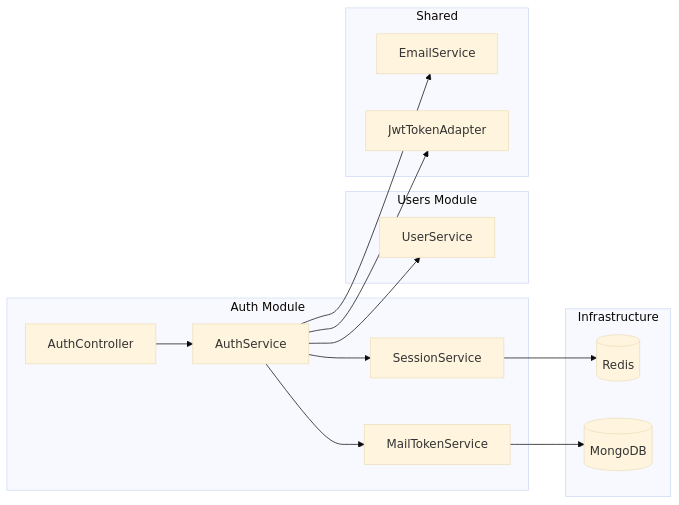
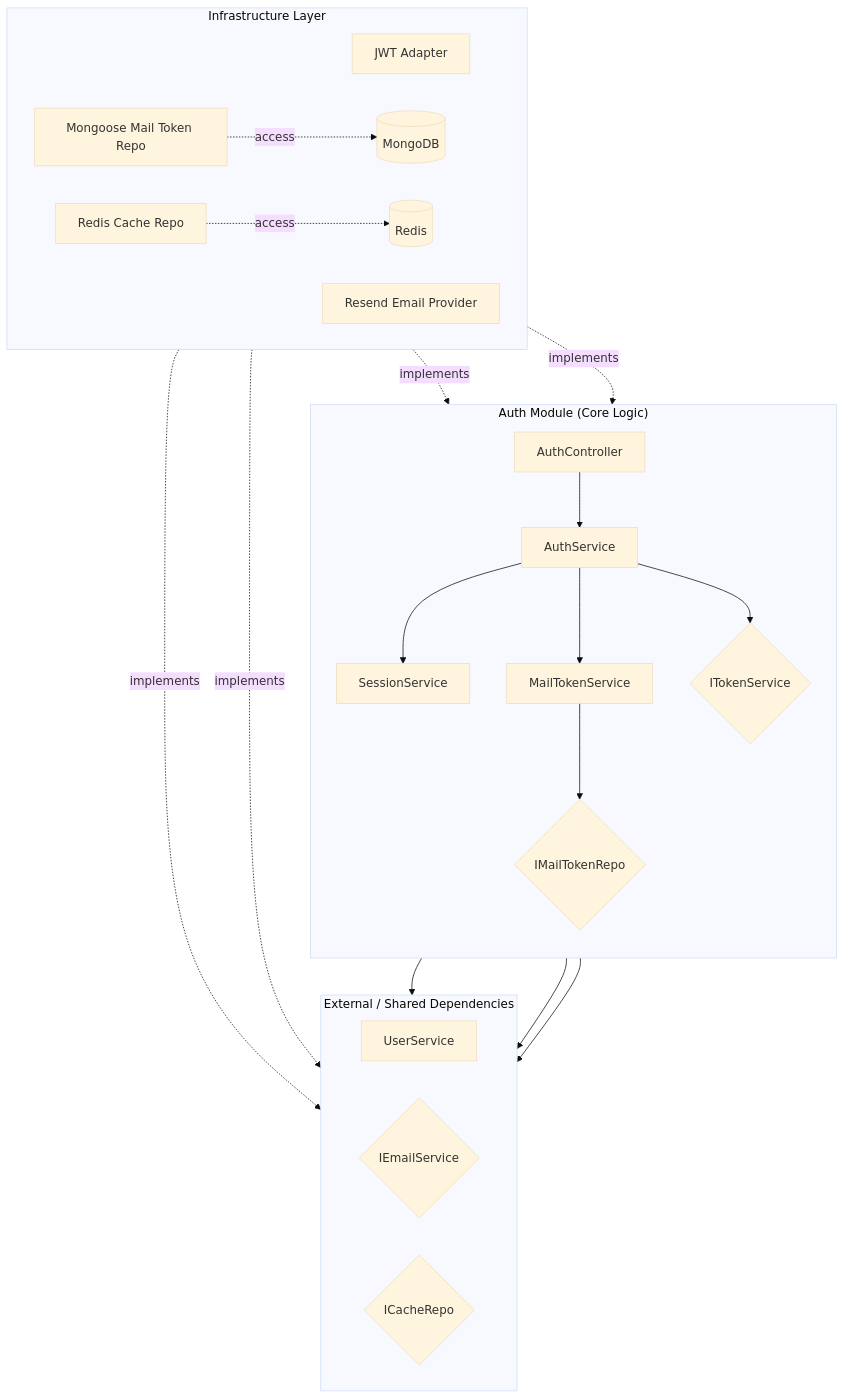
The first of 5 diagrams in server/src/modules/auth/README.md (SangHynh/atomecom), drawn with Mermaid (base theme) before and after one commit. The commit also changed other lines of this file and 1 other file, not shown here.

Commit message:
docs: fix dependencies diagrams in users module and auth module

````diff
--- a/server/src/modules/auth/README.md
+++ b/server/src/modules/auth/README.md
@@ -35,29 +41,51 @@
 ```mermaid
-flowchart LR
-    subgraph Auth["Auth Module"]
+flowchart TD
+    subgraph Core["Auth Module (Core Logic)"]
+        direction TB
+        AC[AuthController]
         AS[AuthService]
-        AC[AuthController]
         SS[SessionService]
         MTS[MailTokenService]
-    end
-    subgraph Users["Users Module"]
-        US[UserService]
-    end
-    subgraph Shared["Shared"]
-        EMAIL[EmailService]
-        JWT[JwtTokenAdapter]
-    end
-    subgraph Infra["Infrastructure"]
-        REDIS[(Redis)]
-        MONGO[(MongoDB)]
+        ITK{ITokenService}
+        IMR{IMailTokenRepo}
     end
 
+    subgraph External["External / Shared Dependencies"]
+        direction LR
+        US[UserService]
+        IES{IEmailService}
+        ICR{ICacheRepo}
+    end
+
+    subgraph Infra["Infrastructure Layer"]
+        direction LR
+        JTA[JWT Adapter]
+        SMTP[Resend Email Provider]
+        MTR[Mongoose Mail Token Repo]
+        RCR[Redis Cache Repo]
+        DB[(MongoDB)]
+        RD[(Redis)]
+    end
+
+    %% Main business flow
     AC --> AS
-    AS --> US
     AS --> SS
     AS --> MTS
-    AS --> EMAIL
-    AS --> JWT
-    SS --> REDIS
-    MTS --> MONGO
+    AS --> ITK
+    AS --> US
+    
+    %% Service usage
+    SS --> ICR
+    MTS --> IMR
+    AS --> IES
+
+    %% Dependency Inversion (Realization)
+    JTA -. "implements" .-> ITK
+    SMTP -. "implements" .-> IES
+    MTR -. "implements" .-> IMR
+    RCR -. "implements" .-> ICR
+
+    %% External Data Access
+    MTR -. "access" .-> DB
+    RCR -. "access" .-> RD
 ```
````
